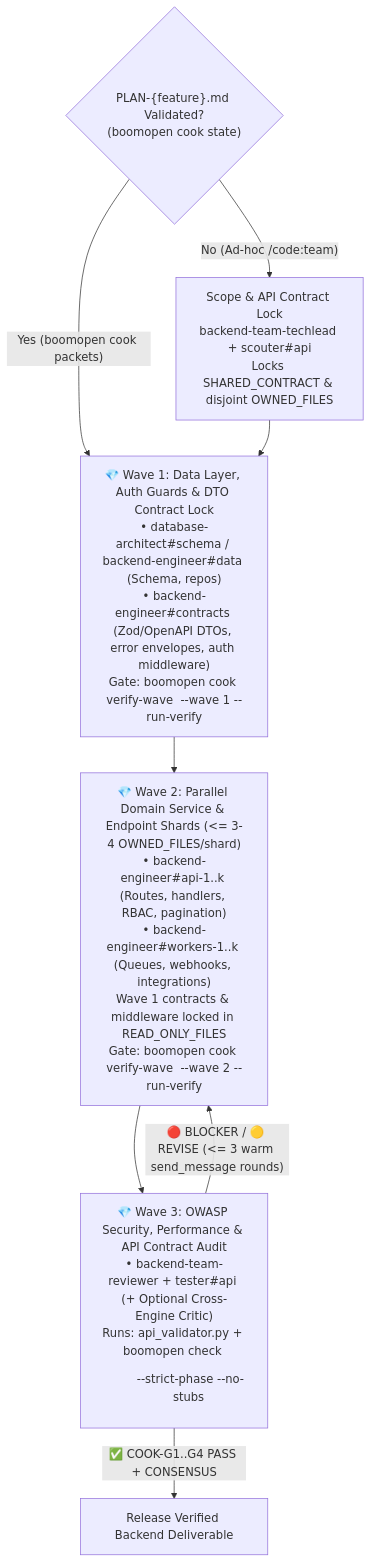
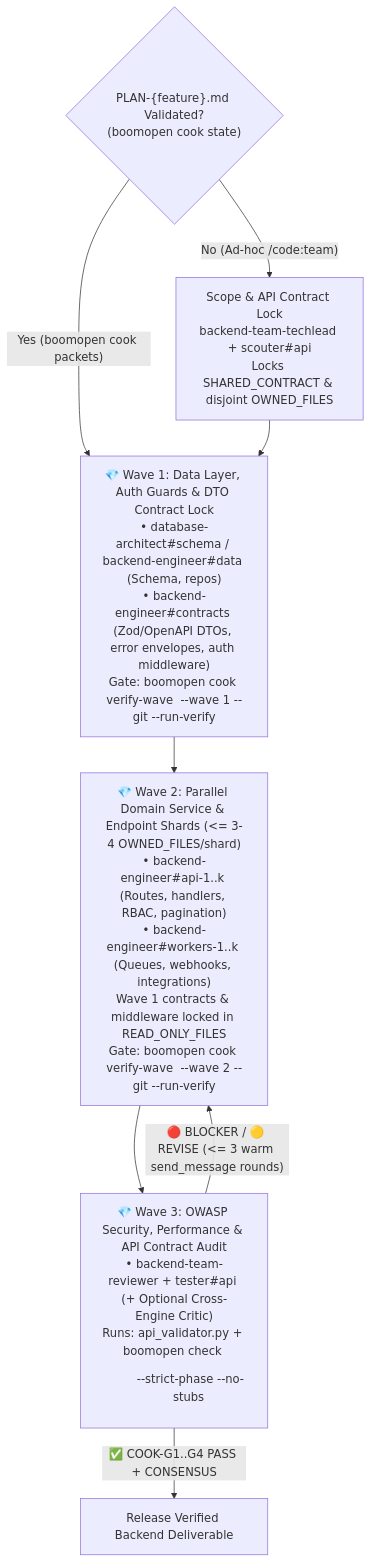
Before and after one commit to Kennyboom/BoomOpen-Workflow-Kit-Pro: the diagram in agents/teams/backend-team/_team.md, drawn with Mermaid. The commit also changed other lines of this file and 302 other files, not shown here.

````diff
--- a/agents/teams/backend-team/_team.md
+++ b/agents/teams/backend-team/_team.md
@@ -45,11 +46,11 @@
 ```mermaid
 flowchart TD
     G0{"PLAN-{feature}.md Validated?<br/>(boomopen cook state)"}
     G0 -->|"Yes (boomopen cook packets)"| W1
     G0 -->|"No (Ad-hoc /code:team)"| S0["Scope & API Contract Lock<br/>backend-team-techlead + scouter#api<br/>Locks SHARED_CONTRACT & disjoint OWNED_FILES"]
-    S0 --> W1["💎 Wave 1: Data Layer, Auth Guards & DTO Contract Lock<br/>• database-architect#schema / backend-engineer#data (Schema, repos)<br/>• backend-engineer#contracts (Zod/OpenAPI DTOs, error envelopes, auth middleware)<br/>Gate: boomopen cook verify-wave <plan.md> --wave 1 --run-verify"]
-    W1 --> W2["💎 Wave 2: Parallel Domain Service & Endpoint Shards (<= 3-4 OWNED_FILES/shard)<br/>• backend-engineer#api-1..k (Routes, handlers, RBAC, pagination)<br/>• backend-engineer#workers-1..k (Queues, webhooks, integrations)<br/>Wave 1 contracts & middleware locked in READ_ONLY_FILES<br/>Gate: boomopen cook verify-wave <plan.md> --wave 2 --run-verify"]
+    S0 --> W1["💎 Wave 1: Data Layer, Auth Guards & DTO Contract Lock<br/>• database-architect#schema / backend-engineer#data (Schema, repos)<br/>• backend-engineer#contracts (Zod/OpenAPI DTOs, error envelopes, auth middleware)<br/>Gate: boomopen cook verify-wave <plan.md> --wave 1 --git --run-verify"]
+    W1 --> W2["💎 Wave 2: Parallel Domain Service & Endpoint Shards (<= 3-4 OWNED_FILES/shard)<br/>• backend-engineer#api-1..k (Routes, handlers, RBAC, pagination)<br/>• backend-engineer#workers-1..k (Queues, webhooks, integrations)<br/>Wave 1 contracts & middleware locked in READ_ONLY_FILES<br/>Gate: boomopen cook verify-wave <plan.md> --wave 2 --git --run-verify"]
     W2 --> W3["💎 Wave 3: OWASP Security, Performance & API Contract Audit<br/>• backend-team-reviewer + tester#api (+ Optional Cross-Engine Critic)<br/>Runs: api_validator.py + boomopen check <dir> --strict-phase --no-stubs"]
     W3 -->|"🔴 BLOCKER / 🟡 REVISE (<= 3 warm send_message rounds)"| W2
     W3 -->|"✅ COOK-G1..G4 PASS + CONSENSUS"| OUT["Release Verified Backend Deliverable"]
 ```
````
